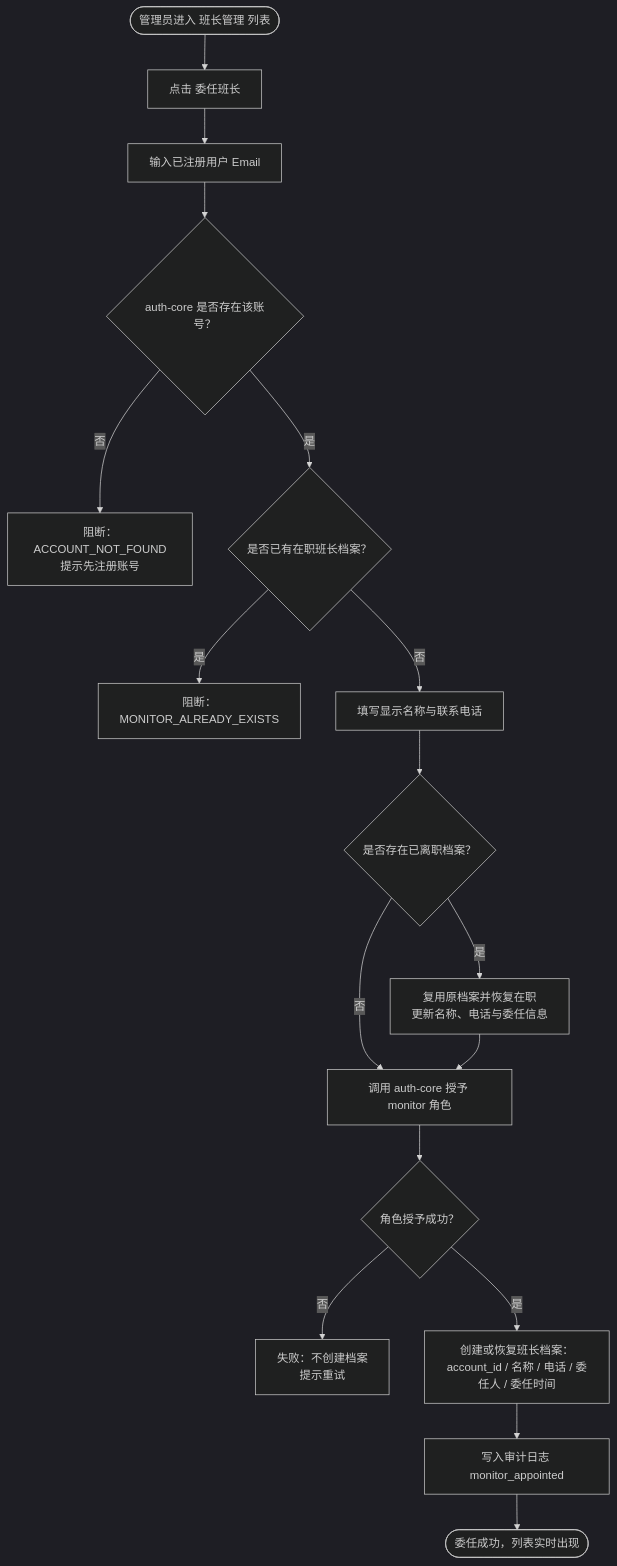
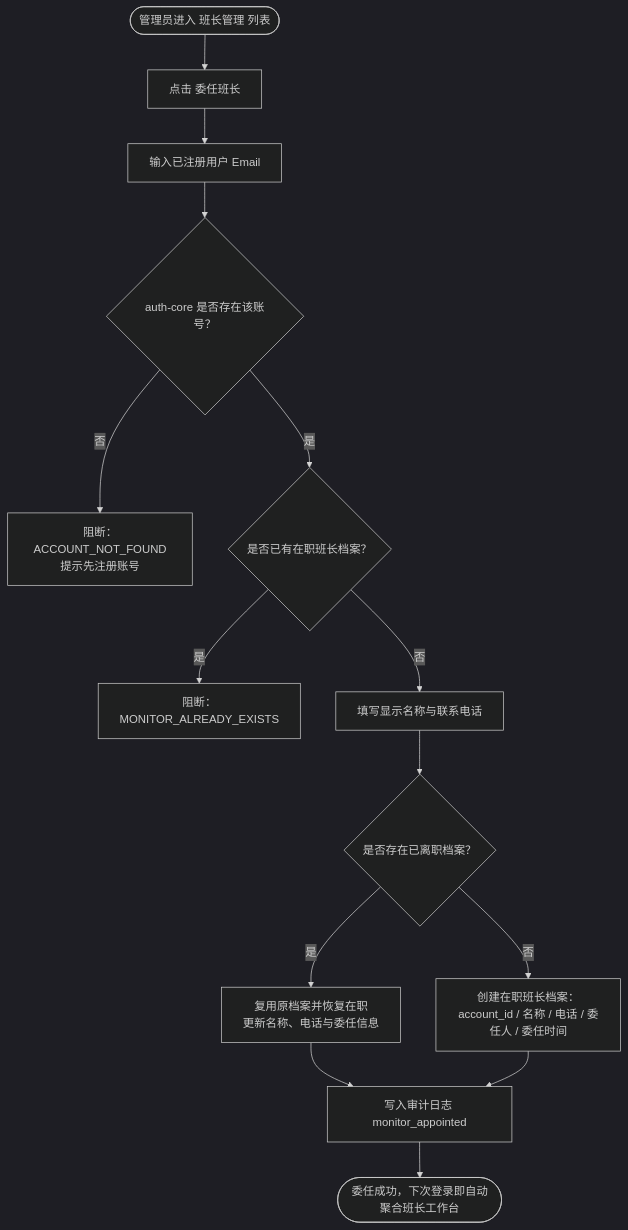
One commit to Onezao/dream changed the second of 7 diagrams in docs/prd/m1b_teacher_profile.md. Above: the diagram before and after it, drawn with Mermaid (dark theme). The commit also changed other lines of this file and 7 other files, not shown here.

````diff
--- a/docs/prd/m1b_teacher_profile.md
+++ b/docs/prd/m1b_teacher_profile.md
@@ -83,19 +83,16 @@
 ```mermaid
 flowchart TD
     Start(["管理员进入 班长管理 列表"]) --> Click["点击 委任班长"]
     Click --> Input["输入已注册用户 Email"]
     Input --> Lookup{"auth-core 是否存在该账号？"}
     Lookup -->|"否"| ErrNotFound["阻断：ACCOUNT_NOT_FOUND<br/>提示先注册账号"]
     Lookup -->|"是"| Active{"是否已有在职班长档案？"}
     Active -->|"是"| ErrExists["阻断：MONITOR_ALREADY_EXISTS"]
     Active -->|"否"| InputInfo["填写显示名称与联系电话"]
     InputInfo --> Reuse{"是否存在已离职档案？"}
     Reuse -->|"是"| Reactivate["复用原档案并恢复在职<br/>更新名称、电话与委任信息"]
-    Reuse -->|"否"| Grant["调用 auth-core 授予 monitor 角色"]
-    Reactivate --> Grant
-    Grant --> GrantOk{"角色授予成功？"}
-    GrantOk -->|"否"| ErrGrant["失败：不创建档案<br/>提示重试"]
-    GrantOk -->|"是"| CreateOrUpdate["创建或恢复班长档案：account_id / 名称 / 电话 / 委任人 / 委任时间"]
-    CreateOrUpdate --> Audit["写入审计日志 monitor_appointed"]
-    Audit --> Done(["委任成功，列表实时出现"])
+    Reuse -->|"否"| CreateNew["创建在职班长档案：account_id / 名称 / 电话 / 委任人 / 委任时间"]
+    Reactivate --> Audit["写入审计日志 monitor_appointed"]
+    CreateNew --> Audit
+    Audit --> Done(["委任成功，下次登录即自动聚合班长工作台"])
 ```
````
